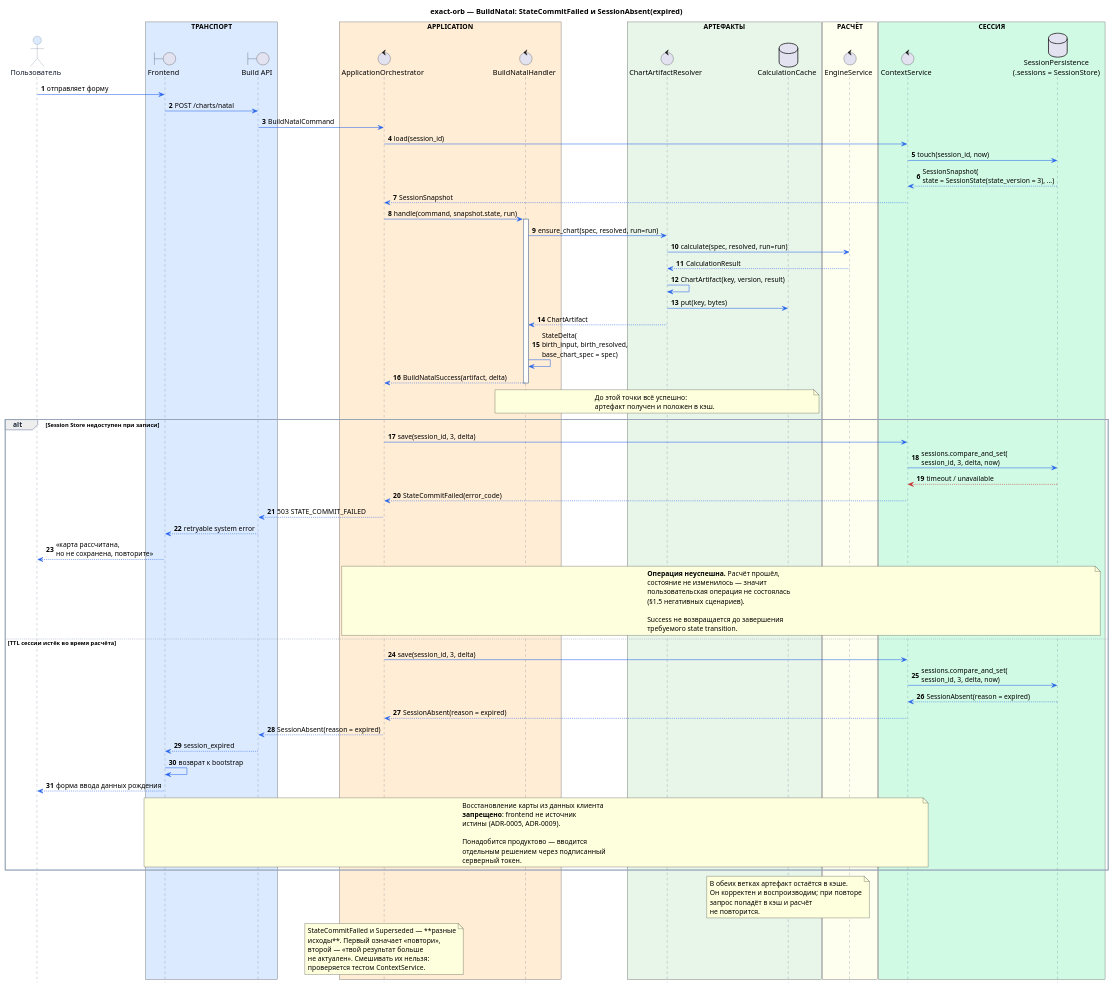
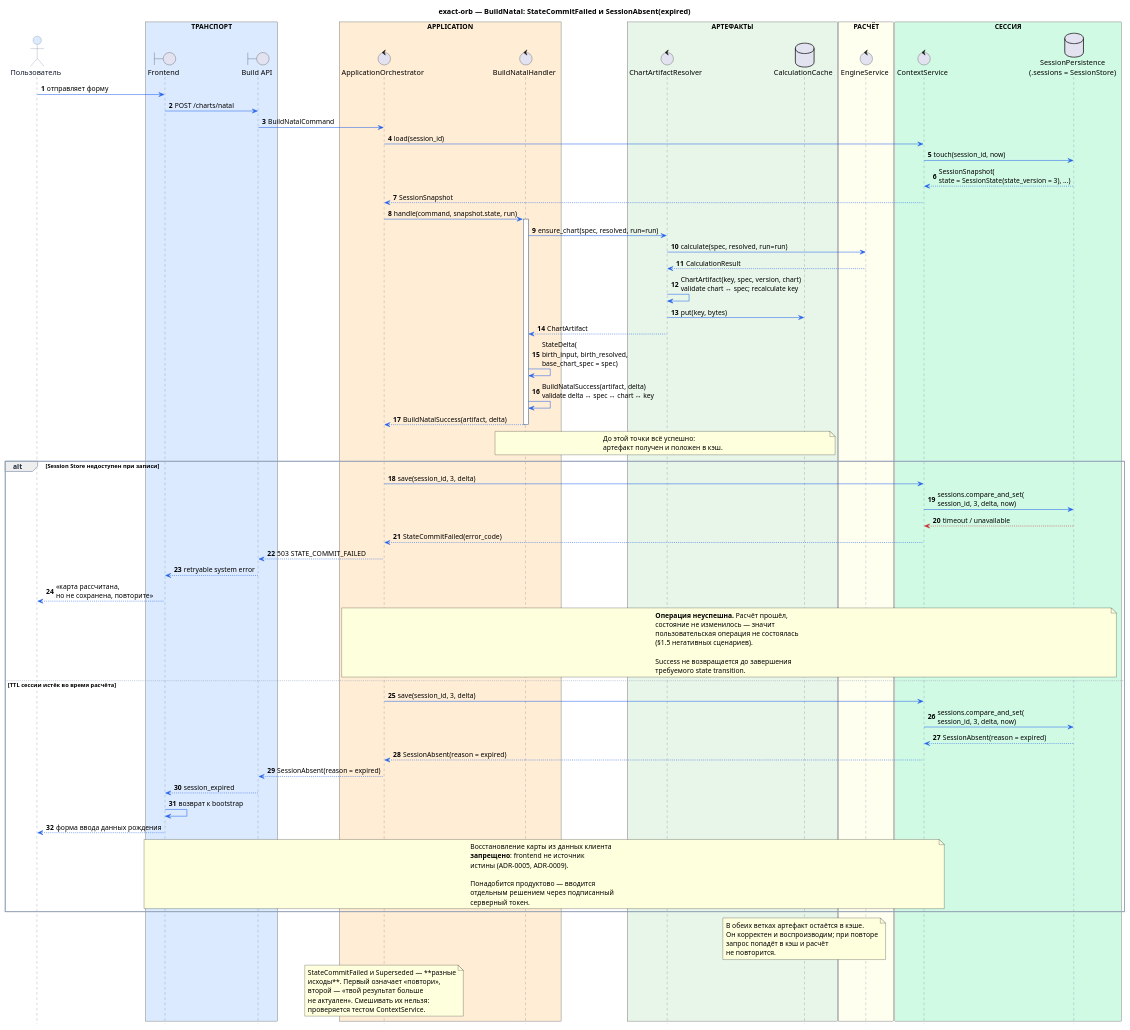
Before and after one commit to ksenia-baranova/exact-orb-demo: the diagram in docs/sequence_diagrams/build_natal/007-build_natal_commit_failure_and_session_expired.puml, drawn with PlantUML. The commit also changed 24 other files, not shown here.

First line of the commit message:
docs: align chart identity and debug logging

```diff
--- a/docs/sequence_diagrams/build_natal/007-build_natal_commit_failure_and_session_expired.puml
+++ b/docs/sequence_diagrams/build_natal/007-build_natal_commit_failure_and_session_expired.puml
@@ -1,154 +1,155 @@
 @startuml
 title exact-orb — BuildNatal: StateCommitFailed и SessionAbsent(expired)
 
 ' Расчёт прошёл, состояние — нет. Успешный расчёт не равен
 ' успешной пользовательской операции (ADR-0006).
 
 autonumber
 hide footbox
 
 skinparam shadowing false
 skinparam responseMessageBelowArrow true
 
 skinparam sequence {
     ArrowColor #2563EB
     LifeLineBorderColor #64748B
     LifeLineBackgroundColor #FFFFFF
 
     ParticipantBorderColor #64748B
     ParticipantFontColor #0F172A
     ParticipantBackgroundColor #F8FAFC
 
     ActorBorderColor #64748B
     ActorFontColor #0F172A
     ActorBackgroundColor #DBEAFE
 
     GroupBorderColor #94A3B8
     GroupHeaderFontColor #1E293B
 
     DividerBorderColor #94A3B8
     DividerFontColor #1E293B
 
     NoteBorderColor #94A3B8
     NoteBackgroundColor #FFFBEA
     NoteFontColor #334155
 }
 
 actor "Пользователь" as User
 
 box "ТРАНСПОРТ" #DBEAFE
     boundary "Frontend" as FE
     boundary "Build API" as API
 end box
 
 box "APPLICATION" #FFEDD5
     control "ApplicationOrchestrator" as Orch
     control "BuildNatalHandler" as Handler
 end box
 
 box "АРТЕФАКТЫ" #E8F5E9
     control "ChartArtifactResolver" as Artifacts
     database "CalculationCache" as Cache
 end box
 
 box "РАСЧЁТ" #FFFFF0
     control "EngineService" as Engine
 end box
 
 box "СЕССИЯ" #D1FAE5
     control "ContextService" as Context
     database "SessionPersistence\n(.sessions = SessionStore)" as Store
 end box
 
 
 User -> FE : отправляет форму
 FE -> API : POST /charts/natal
 API -> Orch : BuildNatalCommand
 
 Orch -> Context : load(session_id)
 Context -> Store : touch(session_id, now)
 Store --> Context : SessionSnapshot(\nstate = SessionState(state_version = 3), ...)
 Context --> Orch : SessionSnapshot
 
 Orch -> Handler : handle(command, snapshot.state, run)
 activate Handler
 
 Handler -> Artifacts : ensure_chart(spec, resolved, run=run)
 Artifacts -> Engine : calculate(spec, resolved, run=run)
 Engine --> Artifacts : CalculationResult
-Artifacts -> Artifacts : ChartArtifact(key, version, result)
+Artifacts -> Artifacts : ChartArtifact(key, spec, version, chart)\nvalidate chart ↔ spec; recalculate key
 Artifacts -> Cache : put(key, bytes)
 Artifacts --> Handler : ChartArtifact
 
 Handler -> Handler : StateDelta(\nbirth_input, birth_resolved,\nbase_chart_spec = spec)
+Handler -> Handler : BuildNatalSuccess(artifact, delta)\nvalidate delta ↔ spec ↔ chart ↔ key
 
 Handler --> Orch : BuildNatalSuccess(artifact, delta)
 deactivate Handler
 
 note over Handler, Cache
 До этой точки всё успешно:
 артефакт получен и положен в кэш.
 end note
 
 
 alt Session Store недоступен при записи
 
     Orch -> Context : save(session_id, 3, delta)
     Context -> Store : sessions.compare_and_set(\nsession_id, 3, delta, now)
     Store -[#C62828]-> Context : timeout / unavailable
     Context --> Orch : StateCommitFailed(error_code)
 
     Orch --> API : 503 STATE_COMMIT_FAILED
     API --> FE : retryable system error
     FE --> User : «карта рассчитана,\nно не сохранена, повторите»
 
     note over Orch, Store
     **Операция неуспешна.** Расчёт прошёл,
     состояние не изменилось — значит
     пользовательская операция не состоялась
     (§1.5 негативных сценариев).
 
     Success не возвращается до завершения
     требуемого state transition.
     end note
 
 else TTL сессии истёк во время расчёта
 
     Orch -> Context : save(session_id, 3, delta)
     Context -> Store : sessions.compare_and_set(\nsession_id, 3, delta, now)
     Store --> Context : SessionAbsent(reason = expired)
     Context --> Orch : SessionAbsent(reason = expired)
 
     Orch --> API : SessionAbsent(reason = expired)
     API --> FE : session_expired
     FE -> FE : возврат к bootstrap
     FE --> User : форма ввода данных рождения
 
     note over FE, Context
     Восстановление карты из данных клиента
     **запрещено**: frontend не источник
     истины (ADR-0005, ADR-0009).
 
     Понадобится продуктово — вводится
     отдельным решением через подписанный
     серверный токен.
     end note
 
 end
 
 note over Cache
 В обеих ветках артефакт остаётся в кэше.
 Он корректен и воспроизводим; при повторе
 запрос попадёт в кэш и расчёт
 не повторится.
 end note
 
 note over Orch
 StateCommitFailed и Superseded — **разные
 исходы**. Первый означает «повтори»,
 второй — «твой результат больше
 не актуален». Смешивать их нельзя:
 проверяется тестом ContextService.
 end note
 
 @enduml
```
